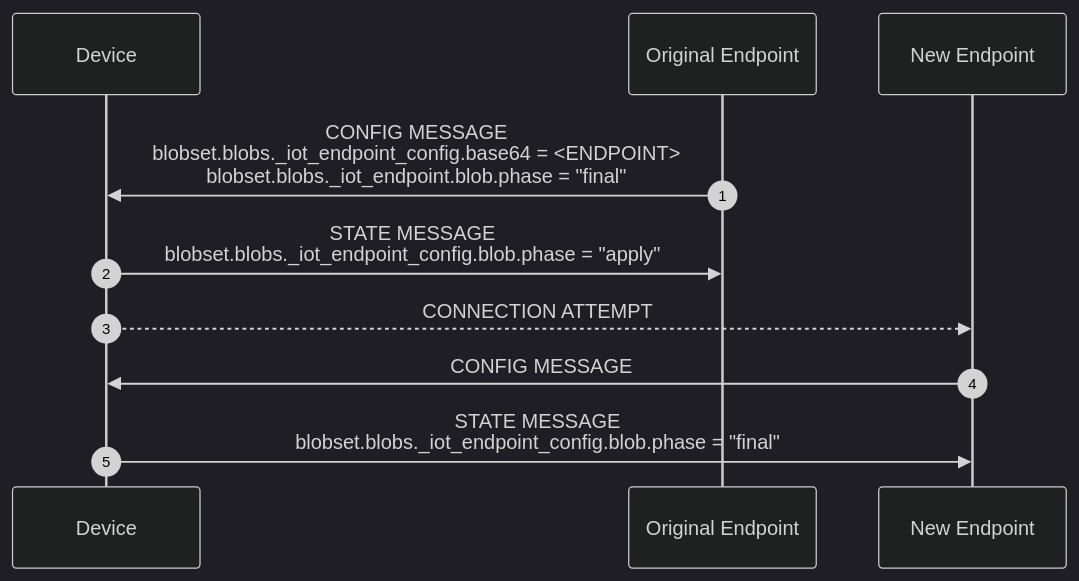
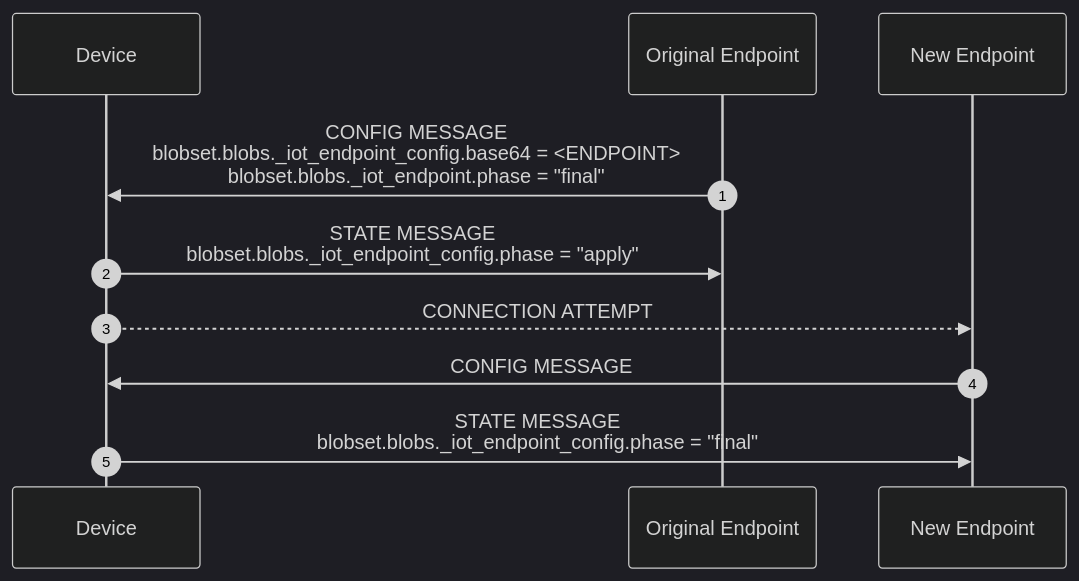
One commit to faucetsdn/udmi changed the first of 2 diagrams in docs/specs/sequences/endpoint_reconfiguration.md. Above: the diagram before and after it, drawn with Mermaid (dark theme). The commit also changed other lines of this file, not shown here.

Commit message:
remove duplicate blob

````diff
--- a/docs/specs/sequences/endpoint_reconfiguration.md
+++ b/docs/specs/sequences/endpoint_reconfiguration.md
@@ -18,13 +18,13 @@
 ```mermaid
 %%{wrap}%%
 sequenceDiagram
     autonumber
     participant D as Device
     participant E as Original Endpoint
     participant E' as New Endpoint
-    E->>D:CONFIG MESSAGE<br>blobset.blobs._iot_endpoint_config.base64 = <ENDPOINT><br>blobset.blobs._iot_endpoint.blob.phase = "final"
-    D->>E:STATE MESSAGE<BR>blobset.blobs._iot_endpoint_config.blob.phase = "apply"
+    E->>D:CONFIG MESSAGE<br>blobset.blobs._iot_endpoint_config.base64 = <ENDPOINT><br>blobset.blobs._iot_endpoint.phase = "final"
+    D->>E:STATE MESSAGE<BR>blobset.blobs._iot_endpoint_config.phase = "apply"
     D-->>E':CONNECTION ATTEMPT
     E'->>D:CONFIG MESSAGE
-    D->>E':STATE MESSAGE<BR>blobset.blobs._iot_endpoint_config.blob.phase = "final"
+    D->>E':STATE MESSAGE<BR>blobset.blobs._iot_endpoint_config.phase = "final"
 ```
````
